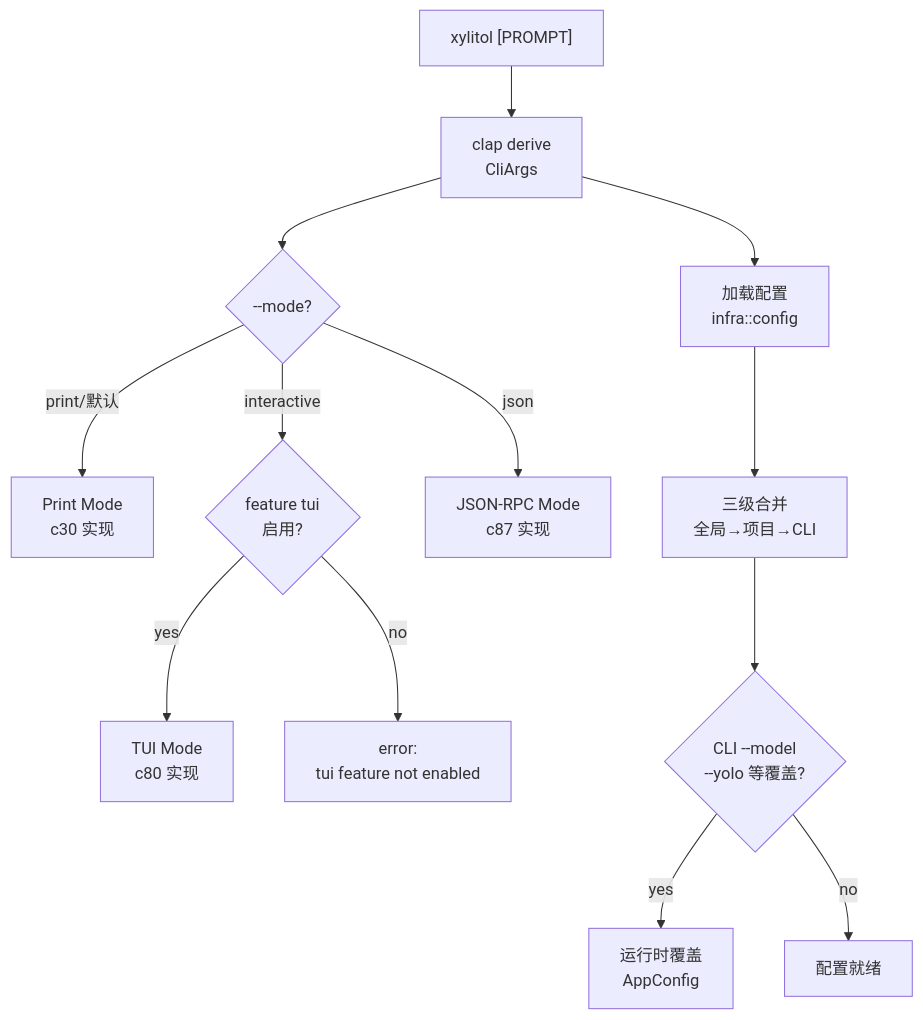
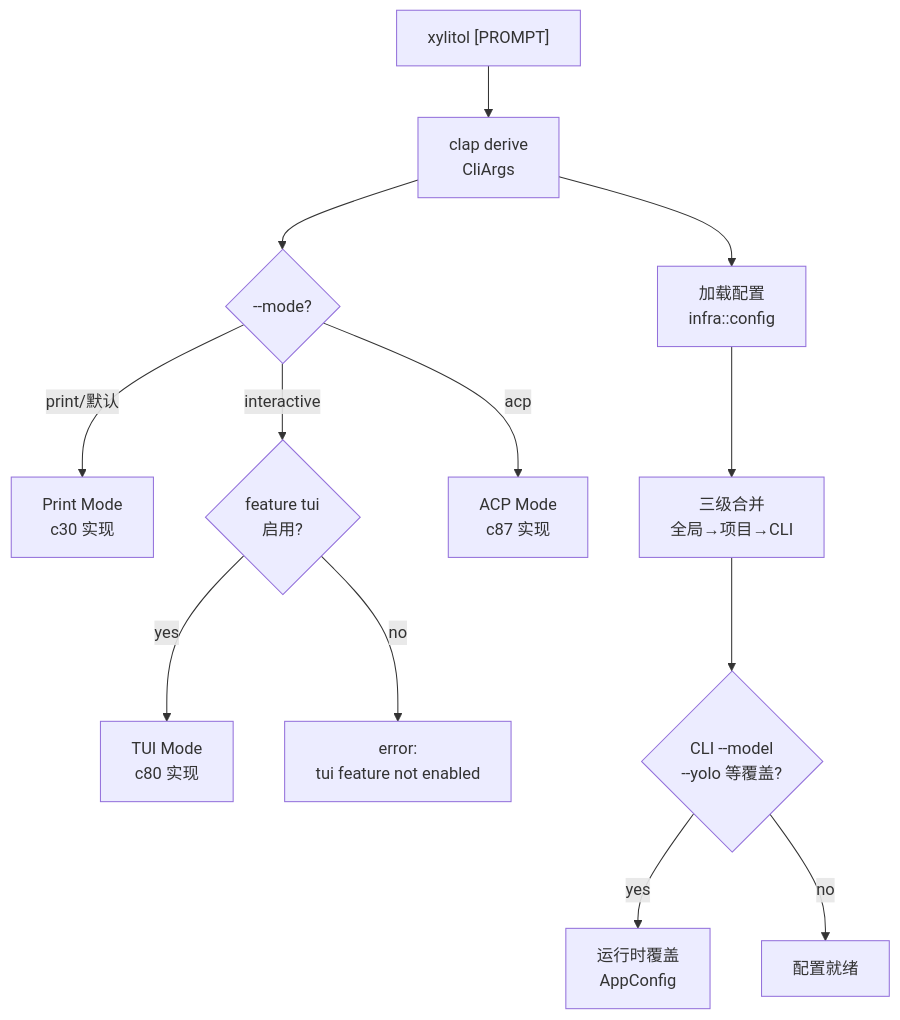
One commit to StrayDragon/xylitol changed the first of 3 diagrams in llmanspec/changes/c15-add-cli/design.md. Above: the diagram before and after it, drawn with Mermaid. The commit also changed other lines of this file and 20 other files, not shown here.

````diff
--- a/llmanspec/changes/c15-add-cli/design.md
+++ b/llmanspec/changes/c15-add-cli/design.md
@@ -29,17 +29,17 @@
 ```mermaid
 flowchart TD
     ENTRY["xylitol [PROMPT]"] --> PARSE["clap derive<br/>CliArgs"]
     PARSE --> MODE{"--mode?"}
     MODE -->|print/默认| PRINT["Print Mode<br/>c30 实现"]
     MODE -->|interactive| INTER{"feature tui<br/>启用?"}
-    MODE -->|json| JSON["JSON-RPC Mode<br/>c87 实现"]
+    MODE -->|acp| ACP["ACP Mode<br/>c87 实现"]
 
     INTER -->|yes| TUI["TUI Mode<br/>c80 实现"]
     INTER -->|no| ERR1["error:<br/>tui feature not enabled"]
 
     PARSE --> CONFIG["加载配置<br/>infra::config"]
     CONFIG --> MERGE["三级合并<br/>全局→项目→CLI"]
     MERGE --> OVERRIDE{"CLI --model<br/>--yolo 等覆盖?"}
     OVERRIDE -->|yes| APPLY["运行时覆盖<br/>AppConfig"]
     OVERRIDE -->|no| READY["配置就绪"]
 ```
````
